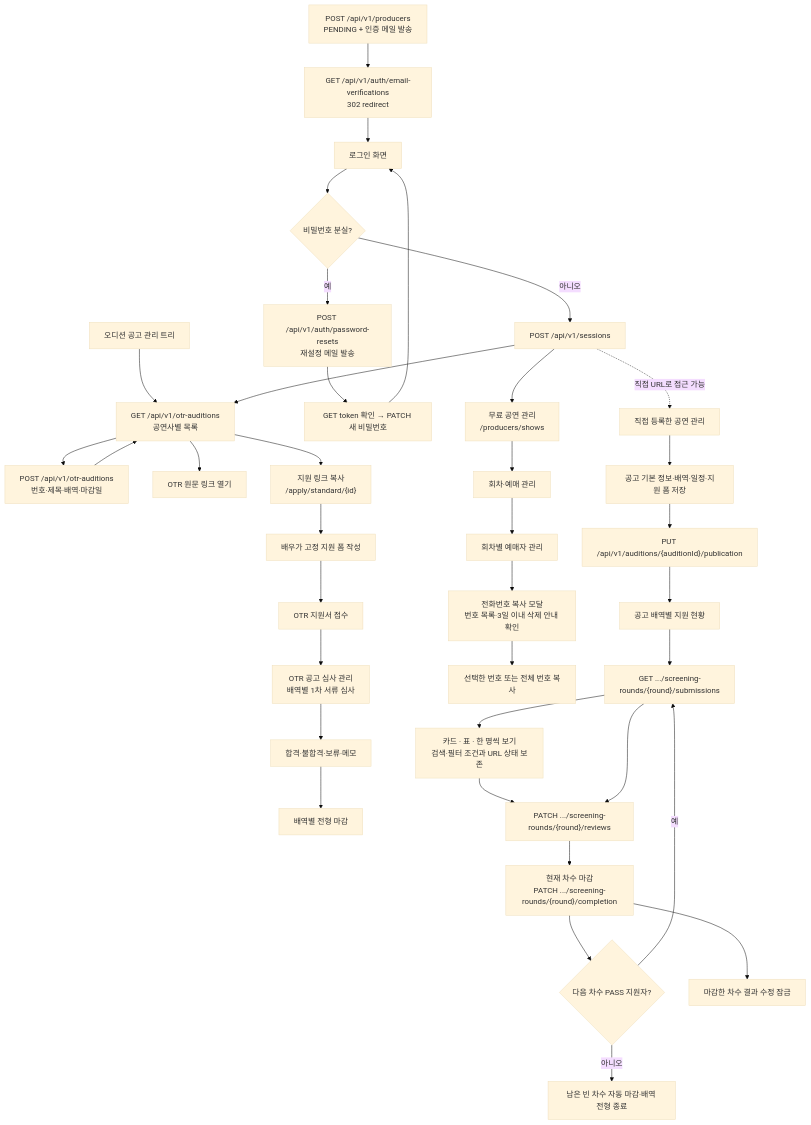
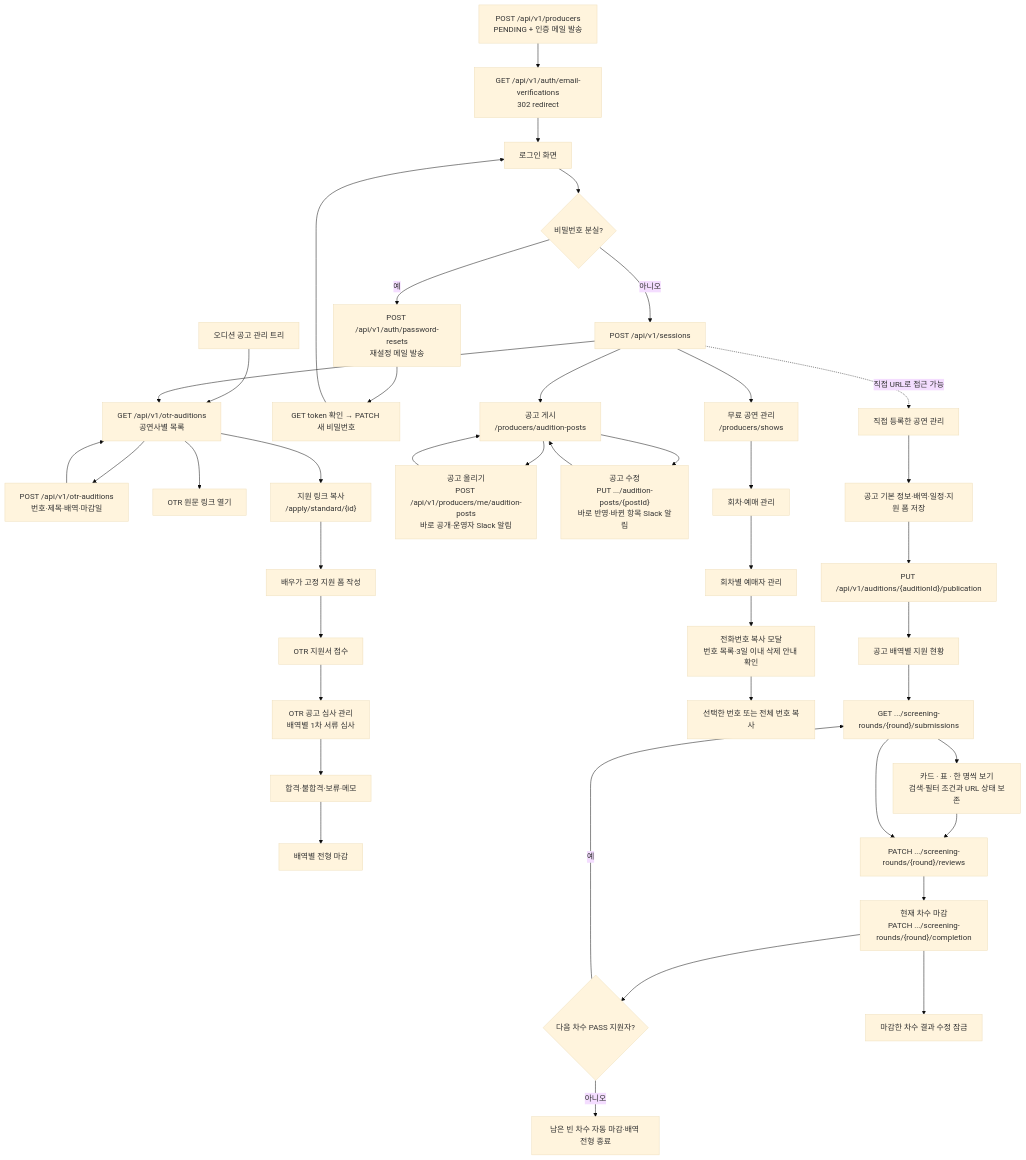
One commit to woowacourse-teams/2026-yesulin changed the diagram in frontend/docs/user-flows/producer.mmd. Above: the diagram before and after it, drawn with Mermaid (base theme). The commit also changed 62 other files, not shown here.

```diff
--- a/frontend/docs/user-flows/producer.mmd
+++ b/frontend/docs/user-flows/producer.mmd
@@ -1,37 +1,42 @@
 flowchart TD
     OTR_TREE["오디션 공고 관리 트리"] --> OTR_LIST["GET /api/v1/otr-auditions<br>공연사별 목록"]
     OTR_LIST --> OTR_CREATE["POST /api/v1/otr-auditions<br>번호·제목·배역·마감일"]
     OTR_CREATE --> OTR_LIST
     OTR_LIST --> OTR_SOURCE["OTR 원문 링크 열기"]
     OTR_LIST --> OTR_APPLY["지원 링크 복사<br>/apply/standard/{id}"]
     OTR_APPLY --> OTR_FORM["배우가 고정 지원 폼 작성"]
     OTR_FORM --> OTR_SUBMIT["OTR 지원서 접수"]
     OTR_SUBMIT --> OTR_SCREEN["OTR 공고 심사 관리<br>배역별 1차 서류 심사"]
     OTR_SCREEN --> OTR_DECIDE["합격·불합격·보류·메모"]
     OTR_DECIDE --> OTR_CLOSE["배역별 전형 마감"]
     SIGNUP["POST /api/v1/producers<br>PENDING + 인증 메일 발송"] --> VERIFY["GET /api/v1/auth/email-verifications<br>302 redirect"]
     VERIFY --> LOGIN_FORM["로그인 화면"]
     LOGIN_FORM --> FORGOT{"비밀번호 분실?"}
     FORGOT -- 예 --> RESET_MAIL["POST /api/v1/auth/password-resets<br>재설정 메일 발송"]
     RESET_MAIL --> RESET["GET token 확인 → PATCH 새 비밀번호"]
     RESET --> LOGIN_FORM
     FORGOT -- 아니오 --> LOGIN["POST /api/v1/sessions"]
     LOGIN --> FREE_SHOW["무료 공연 관리<br>/producers/shows"]
     LOGIN --> OTR_LIST
+    LOGIN --> POSTS["공고 게시<br>/producers/audition-posts"]
+    POSTS --> POST_NEW["공고 올리기<br>POST /api/v1/producers/me/audition-posts<br>바로 공개·운영자 Slack 알림"]
+    POSTS --> POST_EDIT["공고 수정<br>PUT .../audition-posts/{postId}<br>바로 반영·바뀐 항목 Slack 알림"]
+    POST_NEW --> POSTS
+    POST_EDIT --> POSTS
     FREE_SHOW --> FREE_SESSION["회차·예매 관리"]
     FREE_SESSION --> FREE_RESERVATIONS["회차별 예매자 관리"]
     FREE_RESERVATIONS --> PHONE_LIST["전화번호 복사 모달<br>번호 목록·3일 이내 삭제 안내 확인"]
     PHONE_LIST --> PHONE_COPY["선택한 번호 또는 전체 번호 복사"]
     LOGIN -. "직접 URL로 접근 가능" .-> PERFORMANCE["직접 등록한 공연 관리"]
     PERFORMANCE --> AUDITION["공고 기본 정보·배역·일정·지원 폼 저장"]
     AUDITION --> PUBLISH["PUT /api/v1/auditions/{auditionId}/publication"]
     PUBLISH --> ROLE["공고 배역별 지원 현황"]
     ROLE --> BOARD["GET .../screening-rounds/{round}/submissions"]
     BOARD --> FOCUS["카드 · 표 · 한 명씩 보기\n검색·필터 조건과 URL 상태 보존"]
     FOCUS --> REVIEW
     BOARD --> REVIEW["PATCH .../screening-rounds/{round}/reviews"]
     REVIEW --> COMPLETE["현재 차수 마감<br>PATCH .../screening-rounds/{round}/completion"]
     COMPLETE --> NEXT{"다음 차수 PASS 지원자?"}
     NEXT -- 예 --> BOARD
     NEXT -- 아니오 --> LOCKED["남은 빈 차수 자동 마감·배역 전형 종료"]
     COMPLETE --> CURRENT_LOCKED["마감한 차수 결과 수정 잠금"]
```
